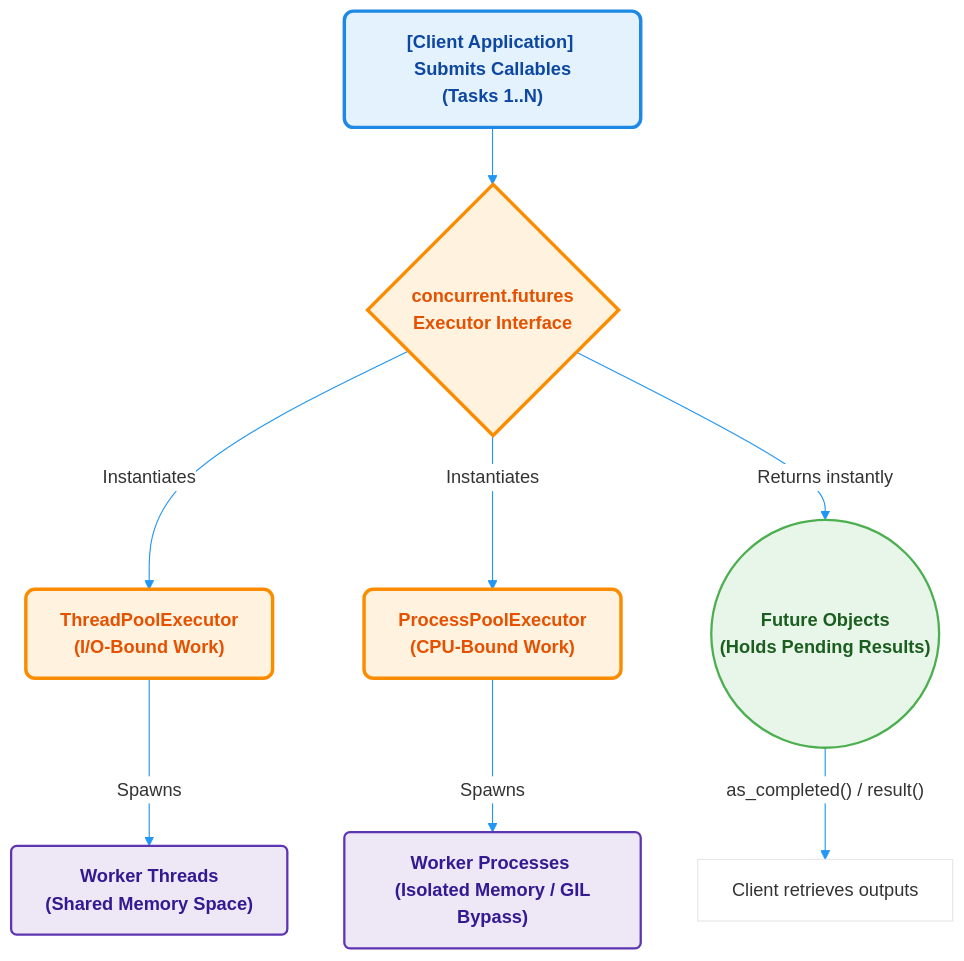
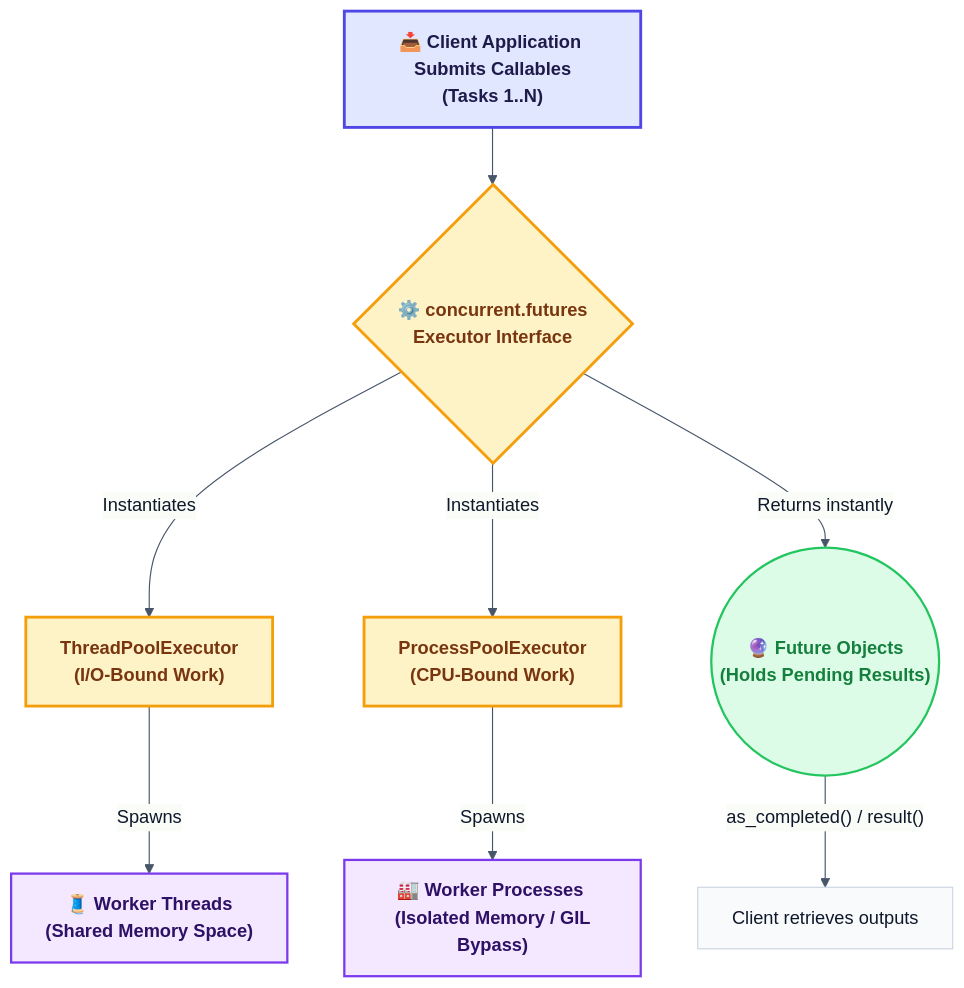
Before and after one commit to RameenAnwar/PDC-SP26-SE: the first of 5 diagrams in SyedMuhammadHuzaifaAshrafi-(23FA-035-SE)/Chapter05/README.md, drawn with Mermaid. The commit also changed other lines of this file and 5 other files, not shown here.

````diff
--- a/SyedMuhammadHuzaifaAshrafi-(23FA-035-SE)/Chapter05/README.md
+++ b/SyedMuhammadHuzaifaAshrafi-(23FA-035-SE)/Chapter05/README.md
@@ -24,26 +24,26 @@
 ```mermaid
-%%{init: {'theme': 'base', 'themeVariables': { 'lineColor': '#2196F3', 'primaryColor': '#FFFFFF', 'clusterBkg':'#F5F5F5' }}}%%
+%%{init: {'theme': 'base', 'themeVariables': { 'lineColor': '#475569', 'primaryColor': '#f8fafc', 'primaryTextColor': '#0f172a', 'primaryBorderColor': '#cbd5e1' }}}%%
 flowchart TD
-    %% concurrent.futures Architecture
-    classDef client fill:#E3F2FD,stroke:#1E88E5,stroke-width:3px,color:#0D47A1,font-weight:bold,rx:8,ry:8
-    classDef executor fill:#FFF3E0,stroke:#FB8C00,stroke-width:3px,color:#E65100,font-weight:bold,rx:8,ry:8
-    classDef pool fill:#EDE7F6,stroke:#5E35B1,stroke-width:2px,color:#311B92,font-weight:bold,rx:5,ry:5
-    classDef future fill:#E8F5E9,stroke:#4CAF50,stroke-width:2px,color:#1B5E20,font-weight:bold,rx:5,ry:5
+    %% Premium concurrent.futures Architecture
+    classDef client fill:#e0e7ff,stroke:#4f46e5,stroke-width:2.5px,color:#1e1b4b,font-weight:bold
+    classDef executor fill:#fef3c7,stroke:#f59e0b,stroke-width:2.5px,color:#78350f,font-weight:bold
+    classDef pool fill:#f3e8ff,stroke:#7c3aed,stroke-width:2px,color:#2e1065,font-weight:bold
+    classDef future fill:#dcfce7,stroke:#22c55e,stroke-width:2px,color:#15803d,font-weight:bold
 
-    A["[Client Application] \n Submits Callables (Tasks 1..N)"] --> B{"concurrent.futures \n Executor Interface"}
+    A["📥 Client Application <br> Submits Callables (Tasks 1..N)"] --> B{"⚙️ concurrent.futures <br> Executor Interface"}
     
-    B -->|Instantiates| C["ThreadPoolExecutor \n (I/O-Bound Work)"]
-    B -->|Instantiates| D["ProcessPoolExecutor \n (CPU-Bound Work)"]
+    B -->|Instantiates| C["ThreadPoolExecutor <br> (I/O-Bound Work)"]
+    B -->|Instantiates| D["ProcessPoolExecutor <br> (CPU-Bound Work)"]
     
-    C -->|Spawns| E["Worker Threads \n (Shared Memory Space)"]
-    D -->|Spawns| F["Worker Processes \n (Isolated Memory / GIL Bypass)"]
+    C -->|Spawns| E["🧵 Worker Threads <br> (Shared Memory Space)"]
+    D -->|Spawns| F["🏭 Worker Processes <br> (Isolated Memory / GIL Bypass)"]
     
-    B -->|Returns instantly| G(("Future Objects \n (Holds Pending Results)"))
+    B -->|Returns instantly| G(("🔮 Future Objects <br> (Holds Pending Results)"))
     
     G -->|"as_completed() / result()"| H["Client retrieves outputs"]
 
     class A client
     class B,C,D executor
     class E,F pool
     class G future
 ```
````
